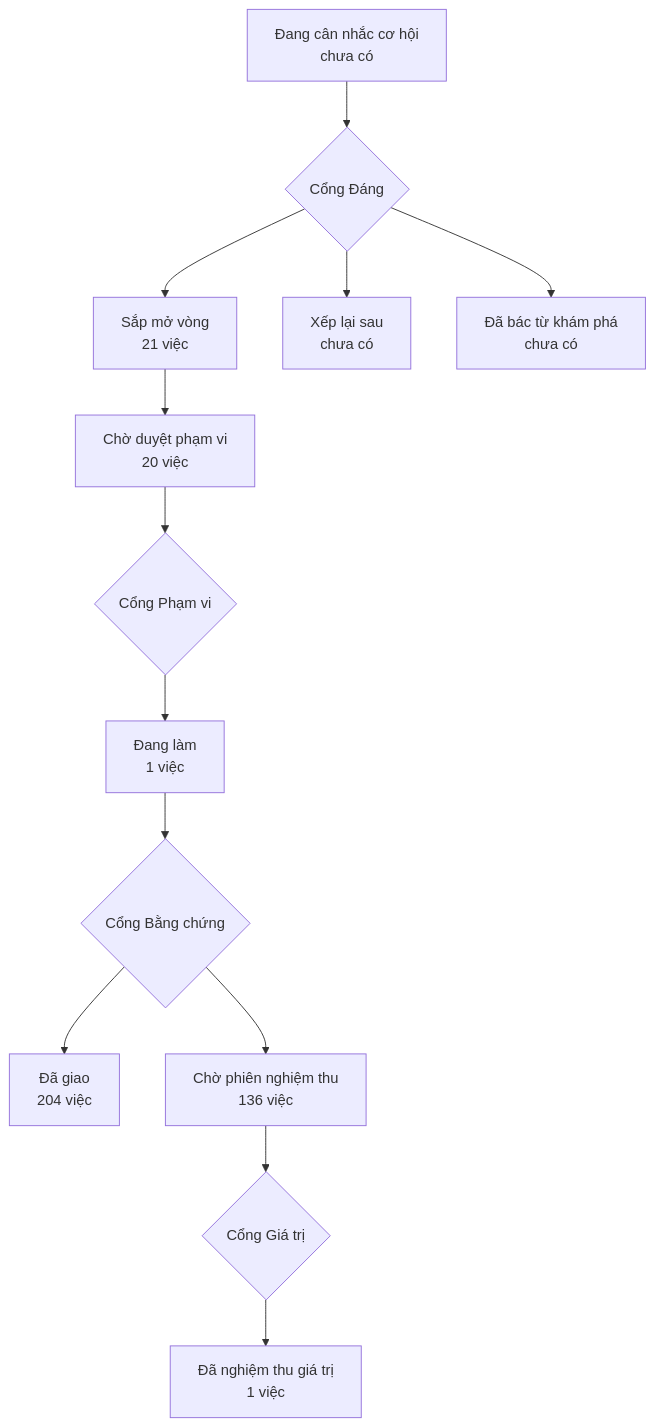
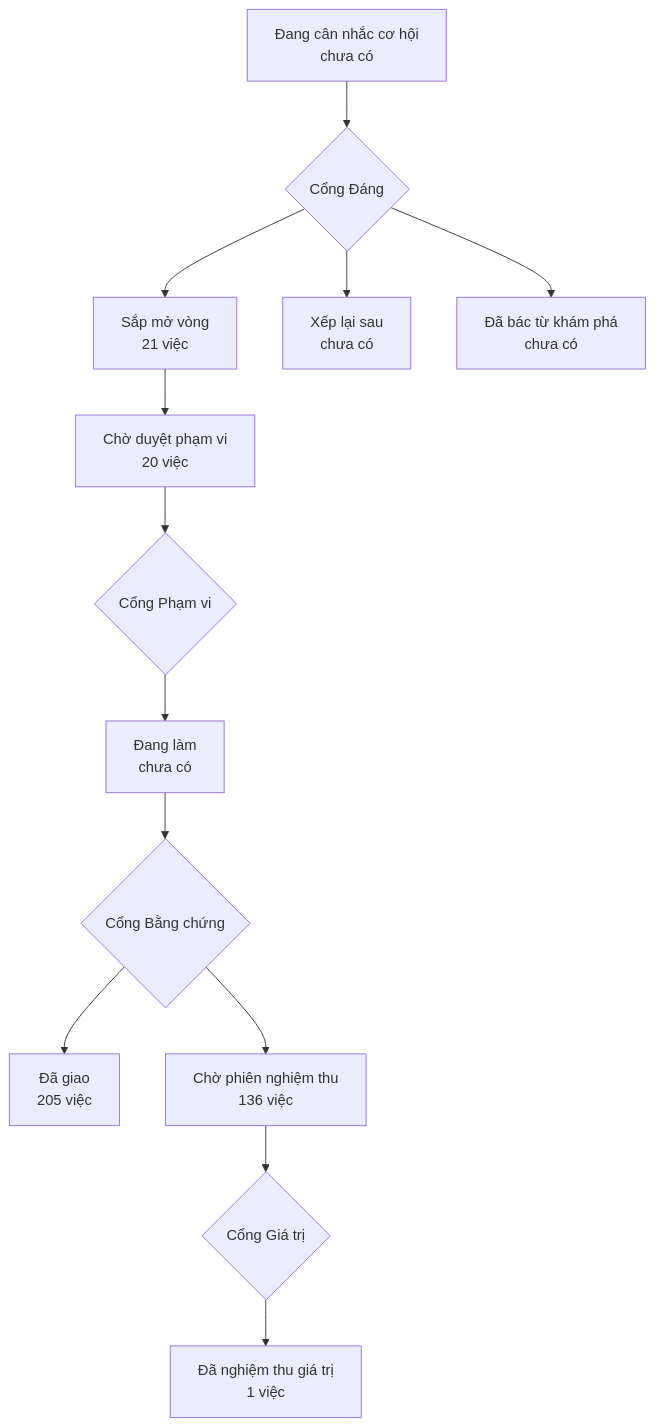
One commit to phanlemanh/onehub-invest changed the diagram in PRODUCT-MAP.md. Above: the diagram before and after it, drawn with Mermaid. The commit also changed other lines of this file and 6 other files, not shown here.

````diff
--- a/PRODUCT-MAP.md
+++ b/PRODUCT-MAP.md
@@ -7,12 +7,12 @@
 ```mermaid
 flowchart TD
   A["Đang cân nhắc cơ hội<br/>chưa có"] --> GD{"Cổng Đáng"}
   GD --> B["Sắp mở vòng<br/>21 việc"]
   GD --> XL["Xếp lại sau<br/>chưa có"]
   GD --> DB["Đã bác từ khám phá<br/>chưa có"]
   B --> CD["Chờ duyệt phạm vi<br/>20 việc"] --> GP{"Cổng Phạm vi"}
-  GP --> DL["Đang làm<br/>1 việc"] --> GB{"Cổng Bằng chứng"}
-  GB --> DG["Đã giao<br/>204 việc"]
+  GP --> DL["Đang làm<br/>chưa có"] --> GB{"Cổng Bằng chứng"}
+  GB --> DG["Đã giao<br/>205 việc"]
   GB --> CN["Chờ phiên nghiệm thu<br/>136 việc"] --> GG{"Cổng Giá trị"}
   GG --> NT["Đã nghiệm thu giá trị<br/>1 việc"]
 ```
````
